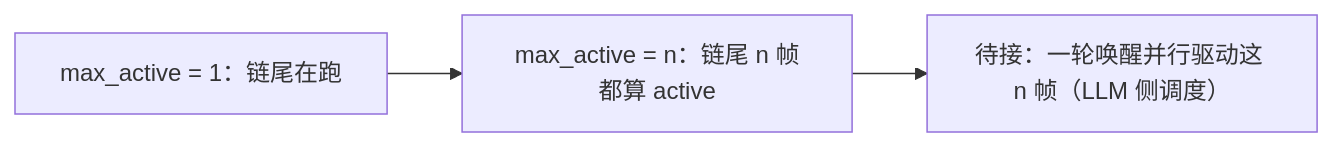
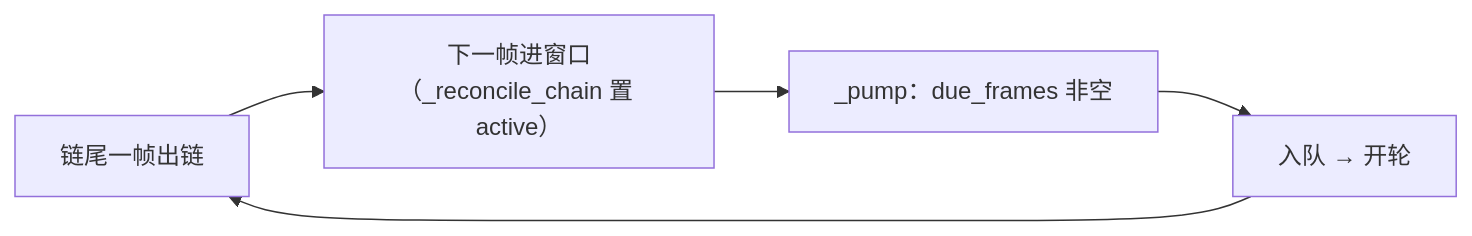
The seventh of 9 diagrams in docs/dev/state_chain.md (Coprexist/Copree), drawn with Mermaid before and after one commit. The commit also changed other lines of this file and 5 other files, not shown here.

````diff
--- a/docs/dev/state_chain.md
+++ b/docs/dev/state_chain.md
@@ -132,5 +138,7 @@
 ```mermaid
 flowchart LR
-    NOW["max_active = 1：链尾在跑"] --> NEXT["max_active = n：链尾 n 帧都算 active"]
-    NEXT --> TODO["待接：一轮唤醒并行驱动这 n 帧（LLM 侧调度）"]
+    OUT["链尾一帧出链"] --> FILL["下一帧进窗口（_reconcile_chain 置 active）"]
+    FILL --> PUMP["_pump：due_frames 非空"]
+    PUMP --> RUN["入队 → 开轮"]
+    RUN --> OUT
 ```
````
